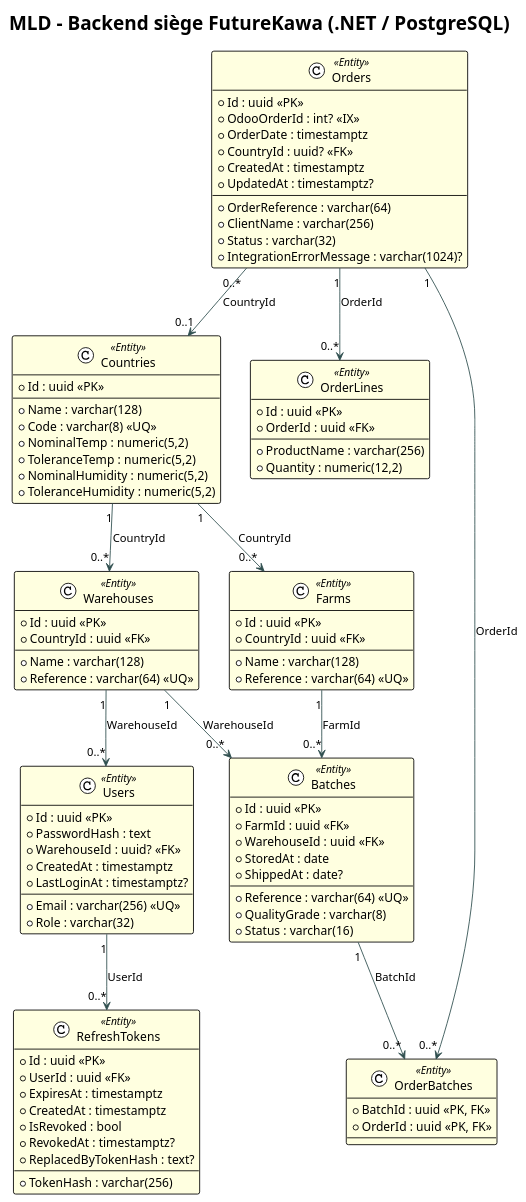
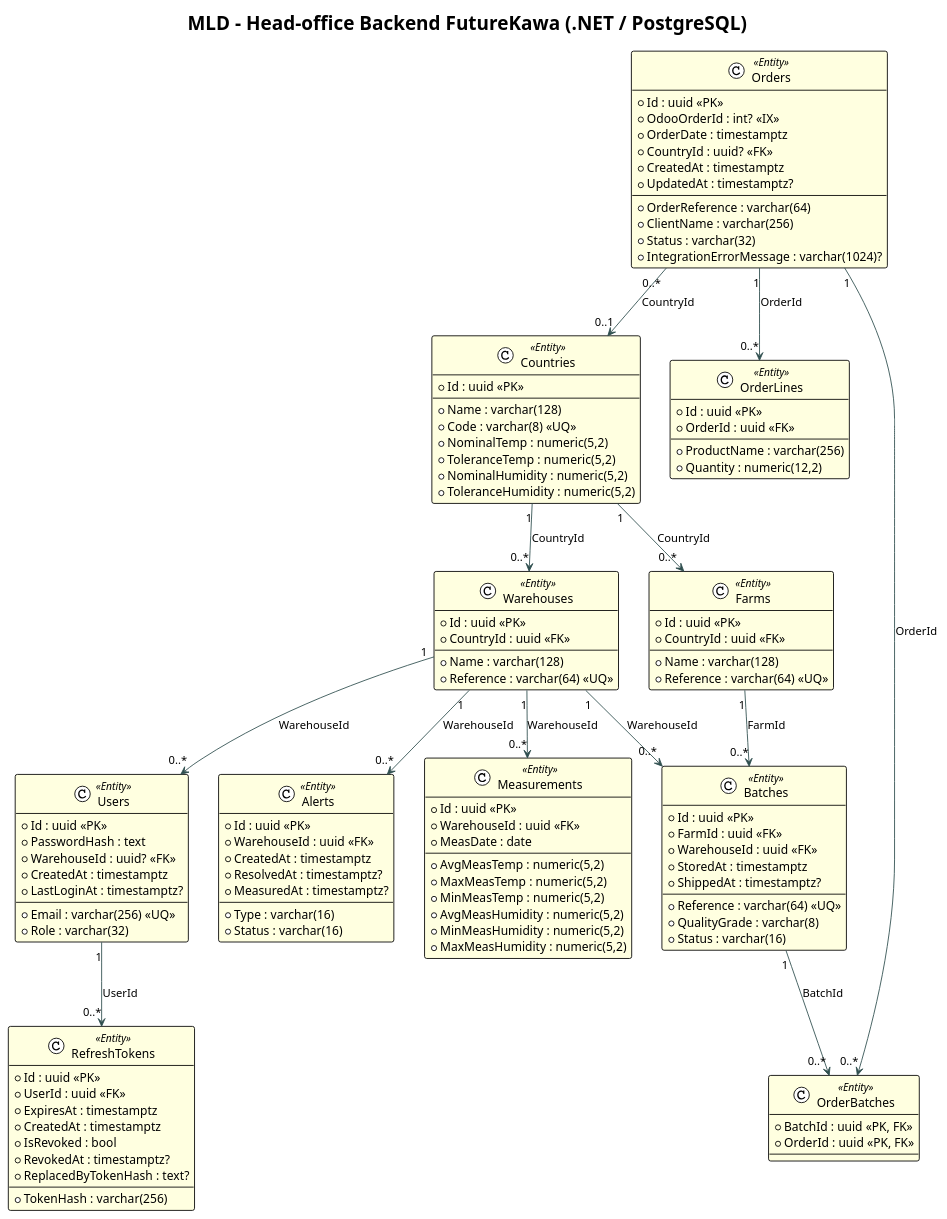
Before and after one commit to FutureKawa-Nte-G2/FutureKawa: the diagram in Documentation/diagrammes/mld_backend.puml, drawn with PlantUML. The commit also changed 53 other files, not shown here.

```diff
--- a/Documentation/diagrammes/mld_backend.puml
+++ b/Documentation/diagrammes/mld_backend.puml
@@ -1,105 +1,129 @@
 @startuml MLD_Backend_FutureKawa
 
 !theme plain
 
-title MLD - Backend siège FutureKawa (.NET / PostgreSQL)
+title MLD - Head-office Backend FutureKawa (.NET / PostgreSQL)
 
 skinparam class {
     BackgroundColor<<Entity>> LightYellow
     ArrowColor DarkSlateGray
 }
 
 class "Users" as Users <<Entity>> {
   + Id : uuid <<PK>>
   + Email : varchar(256) <<UQ>>
   + PasswordHash : text
   + Role : varchar(32)
   + WarehouseId : uuid? <<FK>>
   + CreatedAt : timestamptz
   + LastLoginAt : timestamptz?
 }
 
 class "RefreshTokens" as RefreshTokens <<Entity>> {
   + Id : uuid <<PK>>
   + UserId : uuid <<FK>>
   + TokenHash : varchar(256)
   + ExpiresAt : timestamptz
   + CreatedAt : timestamptz
   + IsRevoked : bool
   + RevokedAt : timestamptz?
   + ReplacedByTokenHash : text?
 }
 
 class "Countries" as Countries <<Entity>> {
   + Id : uuid <<PK>>
   + Name : varchar(128)
   + Code : varchar(8) <<UQ>>
   + NominalTemp : numeric(5,2)
   + ToleranceTemp : numeric(5,2)
   + NominalHumidity : numeric(5,2)
   + ToleranceHumidity : numeric(5,2)
 }
 
 class "Farms" as Farms <<Entity>> {
   + Id : uuid <<PK>>
   + CountryId : uuid <<FK>>
   + Name : varchar(128)
   + Reference : varchar(64) <<UQ>>
 }
 
 class "Warehouses" as Warehouses <<Entity>> {
   + Id : uuid <<PK>>
   + CountryId : uuid <<FK>>
   + Name : varchar(128)
   + Reference : varchar(64) <<UQ>>
 }
 
 class "Batches" as Batches <<Entity>> {
   + Id : uuid <<PK>>
   + FarmId : uuid <<FK>>
   + WarehouseId : uuid <<FK>>
   + Reference : varchar(64) <<UQ>>
-  + StoredAt : date
-  + ShippedAt : date?
+  + StoredAt : timestamptz
+  + ShippedAt : timestamptz?
   + QualityGrade : varchar(8)
   + Status : varchar(16)
+}
+
+class "Alerts" as Alerts <<Entity>> {
+  + Id : uuid <<PK>>
+  + WarehouseId : uuid <<FK>>
+  + Type : varchar(16)
+  + Status : varchar(16)
+  + CreatedAt : timestamptz
+  + ResolvedAt : timestamptz?
+  + MeasuredAt : timestamptz?
+}
+
+class "Measurements" as Measurements <<Entity>> {
+  + Id : uuid <<PK>>
+  + WarehouseId : uuid <<FK>>
+  + MeasDate : date
+  + AvgMeasTemp : numeric(5,2)
+  + MaxMeasTemp : numeric(5,2)
+  + MinMeasTemp : numeric(5,2)
+  + AvgMeasHumidity : numeric(5,2)
+  + MinMeasHumidity : numeric(5,2)
+  + MaxMeasHumidity : numeric(5,2)
 }
 
 class "Orders" as Orders <<Entity>> {
   + Id : uuid <<PK>>
   + OdooOrderId : int? <<IX>>
   + OrderReference : varchar(64)
   + OrderDate : timestamptz
   + ClientName : varchar(256)
   + CountryId : uuid? <<FK>>
   + Status : varchar(32)
   + IntegrationErrorMessage : varchar(1024)?
   + CreatedAt : timestamptz
   + UpdatedAt : timestamptz?
 }
 
 class "OrderLines" as OrderLines <<Entity>> {
   + Id : uuid <<PK>>
   + OrderId : uuid <<FK>>
   + ProductName : varchar(256)
   + Quantity : numeric(12,2)
 }
 
 class "OrderBatches" as OrderBatches <<Entity>> {
   + BatchId : uuid <<PK, FK>>
   + OrderId : uuid <<PK, FK>>
 }
 
-' Relations logiques (PK/FK)
+' Logical relationships (PK/FK)
 Users "1" --> "0..*" RefreshTokens : UserId
 Warehouses "1" --> "0..*" Users : WarehouseId
 Countries "1" --> "0..*" Farms : CountryId
 Countries "1" --> "0..*" Warehouses : CountryId
 Farms "1" --> "0..*" Batches : FarmId
 Warehouses "1" --> "0..*" Batches : WarehouseId
+Warehouses "1" --> "0..*" Alerts : WarehouseId
+Warehouses "1" --> "0..*" Measurements : WarehouseId
 Orders "1" --> "0..*" OrderLines : OrderId
 Orders "0..*" --> "0..1" Countries : CountryId
 Orders "1" --> "0..*" OrderBatches : OrderId
 Batches "1" --> "0..*" OrderBatches : BatchId
 
 @enduml
```
